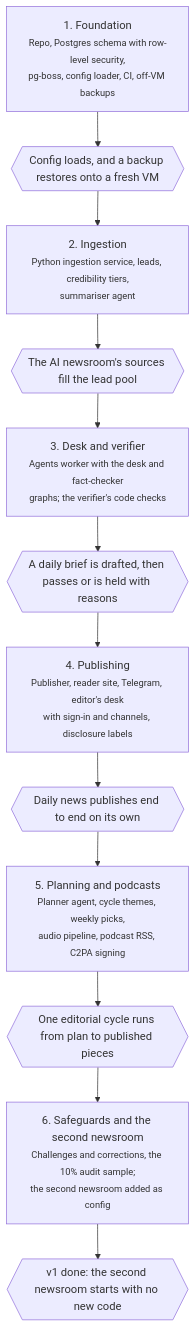
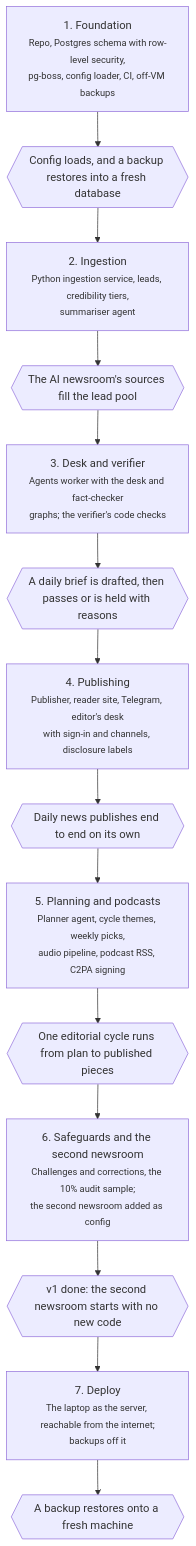
One commit to mehrad77/AgenticNewsRoom changed the third of 3 diagrams in docs/technical-design.md. Above: the diagram before and after it, drawn with Mermaid. The commit also changed other lines of this file and 9 other files, not shown here.

Commit message:
docs: run locally until milestone 6; the laptop is the server (D53, D54)

````diff
--- a/docs/technical-design.md
+++ b/docs/technical-design.md
@@ -279,16 +279,18 @@
 ```mermaid
 flowchart TB
   M1["1. Foundation<br/><small>Repo, Postgres schema with row-level security,<br/>pg-boss, config loader, CI, off-VM backups</small>"]
   M2["2. Ingestion<br/><small>Python ingestion service, leads, credibility tiers,<br/>summariser agent</small>"]
   M3["3. Desk and verifier<br/><small>Agents worker with the desk and fact-checker<br/>graphs; the verifier's code checks</small>"]
   M4["4. Publishing<br/><small>Publisher, reader site, Telegram, editor's desk<br/>with sign-in and channels, disclosure labels</small>"]
   M5["5. Planning and podcasts<br/><small>Planner agent, cycle themes, weekly picks,<br/>audio pipeline, podcast RSS, C2PA signing</small>"]
   M6["6. Safeguards and the second newsroom<br/><small>Challenges and corrections, the 10% audit sample;<br/>the second newsroom added as config</small>"]
-  G1{{"Config loads, and a backup restores onto a fresh VM"}}
+  G1{{"Config loads, and a backup restores into a fresh database"}}
   G2{{"The AI newsroom's sources fill the lead pool"}}
   G3{{"A daily brief is drafted, then passes or is held with reasons"}}
   G4{{"Daily news publishes end to end on its own"}}
   G5{{"One editorial cycle runs from plan to published pieces"}}
+  M7["7. Deploy<br/><small>The laptop as the server, reachable from the internet;<br/>backups off it</small>"]
   G6{{"v1 done: the second newsroom starts with no new code"}}
-  M1 --> G1 --> M2 --> G2 --> M3 --> G3 --> M4 --> G4 --> M5 --> G5 --> M6 --> G6
+  G7{{"A backup restores onto a fresh machine"}}
+  M1 --> G1 --> M2 --> G2 --> M3 --> G3 --> M4 --> G4 --> M5 --> G5 --> M6 --> G6 --> M7 --> G7
 ```
````
